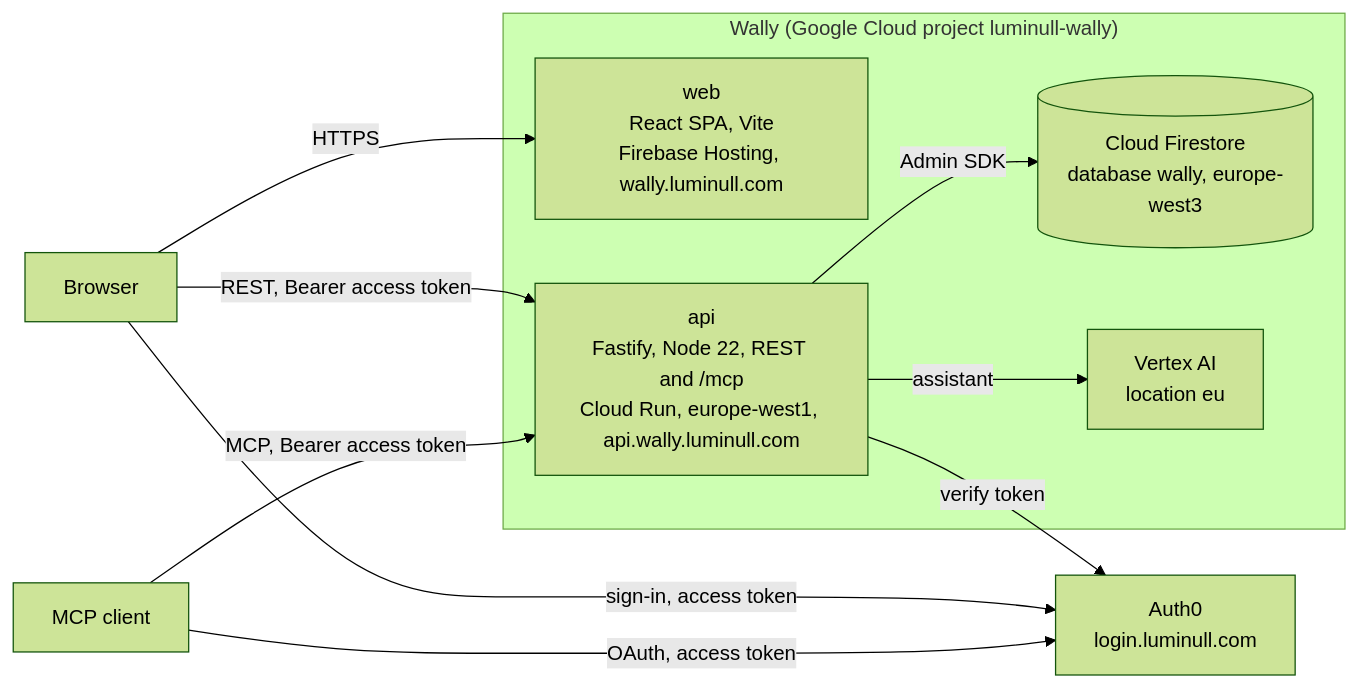
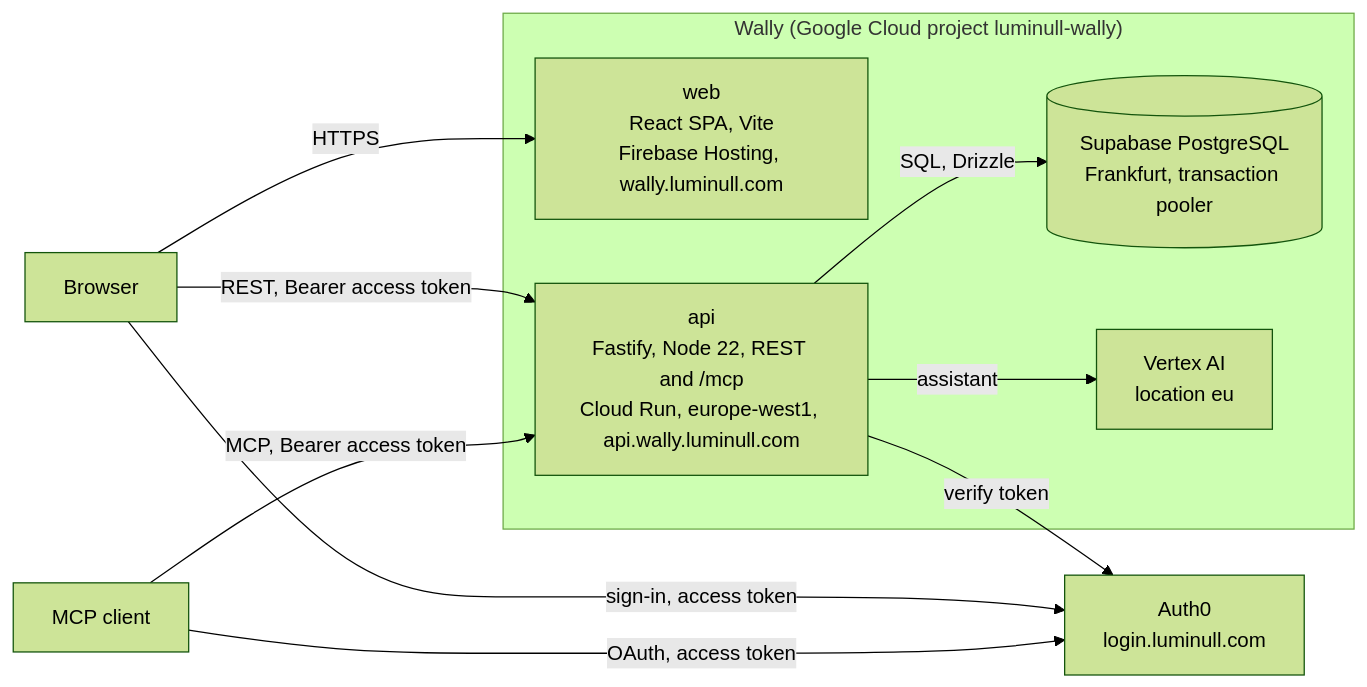
Before and after one commit to milad-luminull/wally: the second of 2 diagrams in docs/architecture/overview.md, drawn with Mermaid (forest theme). The commit also changed other lines of this file and 15 other files, not shown here.

First line of the commit message:
docs: the API on PostgreSQL (workstream 2), built and not yet released

````diff
--- a/docs/architecture/overview.md
+++ b/docs/architecture/overview.md
@@ -35,20 +35,20 @@
 ```mermaid
 flowchart LR
   browser["Browser"]
   host["MCP client"]
   auth0["Auth0<br/>login.luminull.com"]
   subgraph wally["Wally (Google Cloud project luminull-wally)"]
     web["web<br/>React SPA, Vite<br/>Firebase Hosting, wally.luminull.com"]
     api["api<br/>Fastify, Node 22, REST and /mcp<br/>Cloud Run, europe-west1, api.wally.luminull.com"]
-    store[("Cloud Firestore<br/>database wally, europe-west3")]
+    store[("Supabase PostgreSQL<br/>Frankfurt, transaction pooler")]
     model["Vertex AI<br/>location eu"]
   end
   browser -->|HTTPS| web
   browser -->|sign-in, access token| auth0
   host -->|OAuth, access token| auth0
   browser -->|REST, Bearer access token| api
   host -->|MCP, Bearer access token| api
   api -->|verify token| auth0
-  api -->|Admin SDK| store
+  api -->|SQL, Drizzle| store
   api -->|assistant| model
 ```
````
